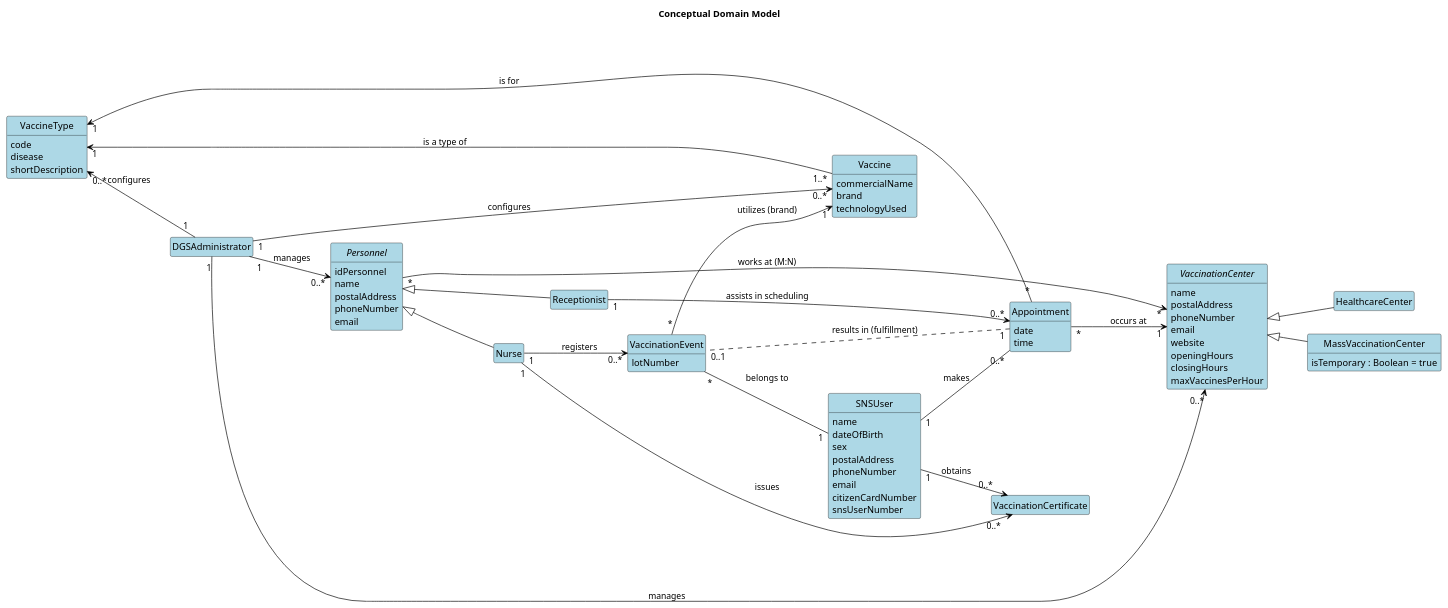
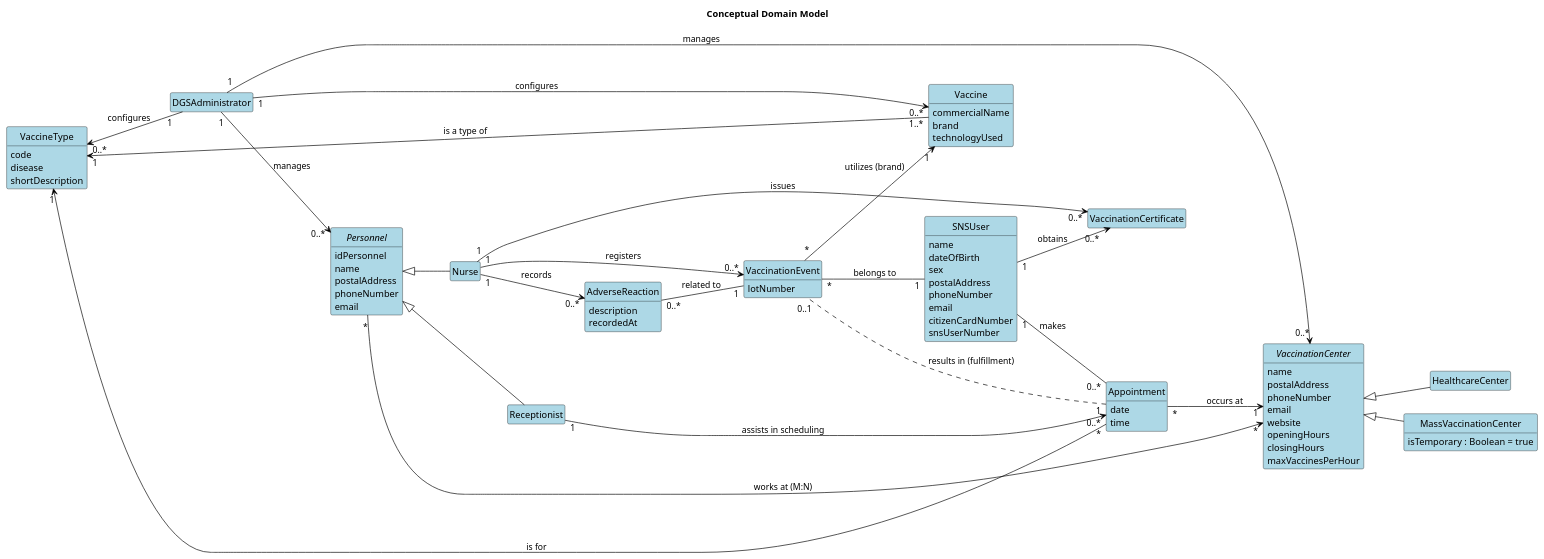
The diagram in docs/system-documentation/global-artifacts/puml/DomainModel.puml (Vaz-iwnl/leti-esoft-25-26-A2), drawn with PlantUML before and after one commit. The commit also changed 7 other files, not shown here.

```diff
--- a/docs/system-documentation/global-artifacts/puml/DomainModel.puml
+++ b/docs/system-documentation/global-artifacts/puml/DomainModel.puml
@@ -1,136 +1,146 @@
 @startuml
 ' --- Configuration (English) ---
 left to right direction
 
 skinparam class {
     BackgroundColor LightBlue
     BorderColor Black
     ArrowColor Black
 }
 skinparam ArrowColor Black
 hide empty members
 hide circle
 title Conceptual Domain Model
 
 ' ------------------------------------------------------------------
 ' --- Classes (Grouping via explicit positioning) ---
 ' ------------------------------------------------------------------
 
 ' --- Core Entities (Left Side) ---
 class SNSUser {
     name
     dateOfBirth
     sex
     postalAddress
     phoneNumber
     email
     citizenCardNumber
     snsUserNumber
 }
 
 class Appointment {
     date
     time
 }
 
 class VaccinationEvent {
     lotNumber
 }
 
 class VaccinationCertificate {
+}
+
+' *** CLASSE ADICIONADA ***
+class AdverseReaction {
+    description
+    recordedAt
 }
 
 
 ' --- Personnel and Roles (Central/Top) ---
 abstract class Personnel {
     idPersonnel
     name
     postalAddress
     phoneNumber
     email
 }
 
 class Receptionist {
 }
 
 class Nurse {
 }
 
 class DGSAdministrator {
 }
 
 Personnel <|-- Receptionist
 Personnel <|-- Nurse
 
 
 ' --- Vaccines and Data (Bottom) ---
 class VaccineType {
     code
     disease
     shortDescription
 }
 
 class Vaccine {
     commercialName
     brand
     technologyUsed
 }
 
 
 ' --- Vaccination Centers (Right Side) ---
 abstract class VaccinationCenter {
     name
     postalAddress
     phoneNumber
     email
     website
     openingHours
     closingHours
     maxVaccinesPerHour
 }
 
 class HealthcareCenter {
 }
 
 class MassVaccinationCenter {
     isTemporary : Boolean = true
 }
 
 VaccinationCenter <|-- HealthcareCenter
 VaccinationCenter <|-- MassVaccinationCenter
 
 
 ' ------------------------------------------------------------------
 ' --- RELATIONSHIPS (RELACÕES E DIRECIONALIDADE) ---
 ' ------------------------------------------------------------------
 
 ' --- Core Flow (User -> Appointment -> Event) ---
 SNSUser "1" -- "0..*" Appointment : makes
 Appointment "1" .. "0..1" VaccinationEvent : results in (fulfillment)
 VaccinationEvent "*" -- "1" SNSUser :belongs to
 
 
 ' --- Centers and Logistics ---
 Appointment "*" --> "1" VaccinationCenter : occurs at
 Personnel "*" -right-> "*" VaccinationCenter :  works at (M:N)
 Receptionist "1" -down-> "0..*" Appointment : assists in scheduling
 
 
 ' --- Vaccines ---
 Vaccine "1..*" --> "1" VaccineType : is a type of
 Appointment "*" --> "1" VaccineType : is for
 VaccinationEvent "*" --> "1" Vaccine : utilizes (brand)
 
 
 ' --- Documents and Nurse Actions ---
 SNSUser "1" --> "0..*" VaccinationCertificate : obtains
 Nurse "1" -down-> "0..*" VaccinationEvent : registers
 Nurse "1" -right-> "0..*" VaccinationCertificate : issues
 
+' *** RELAÇÕES ADICIONADAS ***
+Nurse "1" --> "0..*" AdverseReaction : records
+AdverseReaction "0..*" -- "1" VaccinationEvent : related to
+
 
 ' --- Administration and Management ---
 DGSAdministrator "1" -down-> "0..*" VaccinationCenter : manages
 DGSAdministrator "1" -down-> "0..*" Personnel : manages
 DGSAdministrator "1" -down-> "0..*" Vaccine : configures
 DGSAdministrator "1" -up-> "0..*" VaccineType : configures
 @enduml
```
